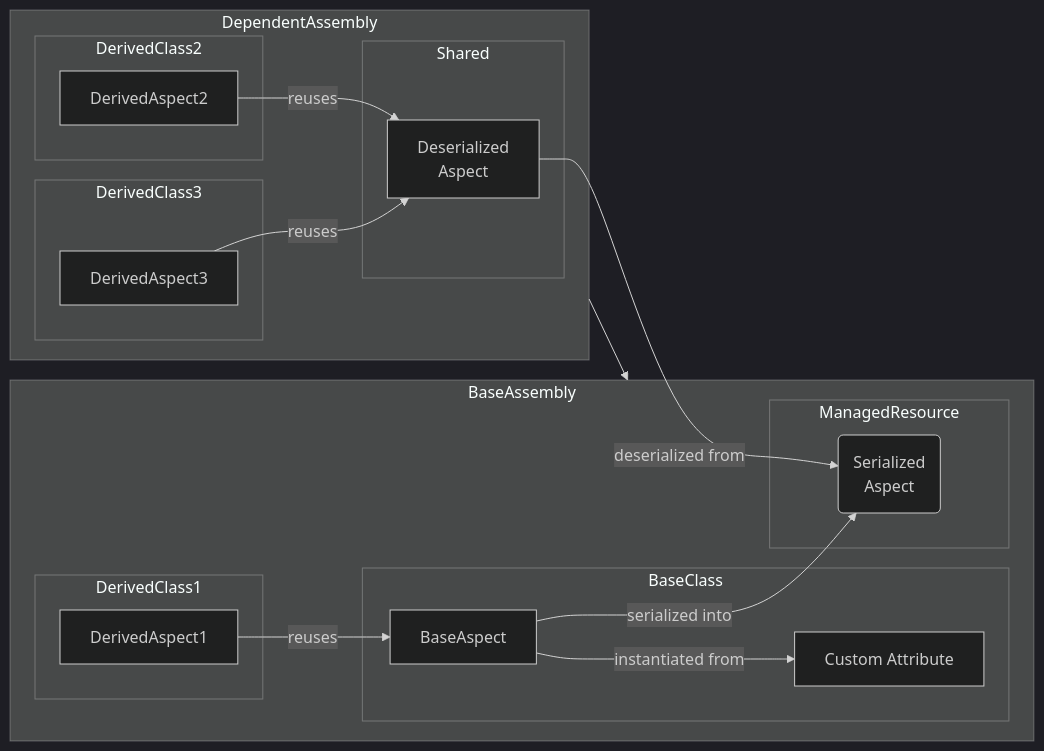
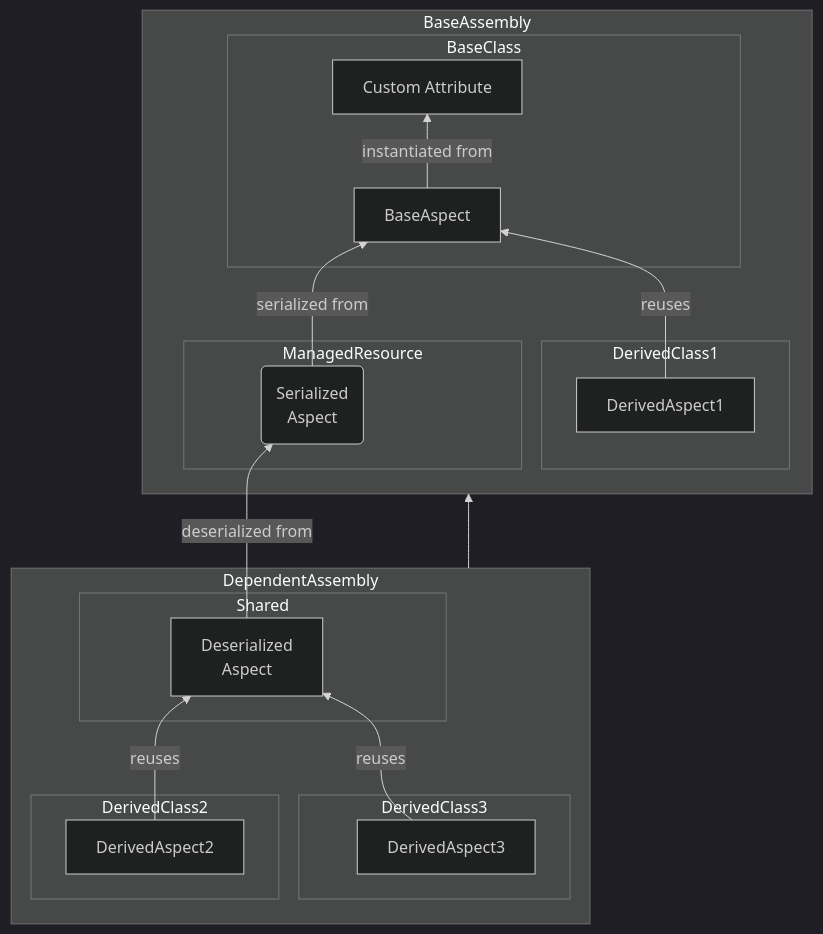
One commit to postsharp/Metalama.Documentation changed the sixth of 6 diagrams in conceptual/migration/differences-from-postsharp.md. Above: the diagram before and after it, drawn with Mermaid (dark theme). The commit also changed other lines of this file and 3 other files, not shown here.

Commit message:
Improved conceptual diagrams

````diff
--- a/conceptual/migration/differences-from-postsharp.md
+++ b/conceptual/migration/differences-from-postsharp.md
@@ -194,45 +190,45 @@
 ```mermaid
-flowchart LR
+flowchart BT
 
   subgraph BaseAssembly
 
     subgraph BaseClass
     BaseAspect
     CustomAttribute[Custom Attribute]
      BaseAspect -->|instantiated from| CustomAttribute
     end
 
     subgraph DerivedClass1
     DerivedAspect1
     end
 
     subgraph ManagedResource
-    BaseAspect -->|serialized into| SerializedAspect(Serialized\nAspect)
+    SerializedAspect(Serialized\nAspect) -->|serialized from| BaseAspect
     end
 
 
     DerivedAspect1 -->|reuses| BaseAspect
     
 
   end
 
   subgraph DependentAssembly
 
     subgraph Shared
       DeserializedAspect[Deserialized\nAspect] -->|deserialized from| SerializedAspect
     end
 
     subgraph DerivedClass2
     DerivedAspect2 --> |reuses| DeserializedAspect
     end
 
     subgraph DerivedClass3
     DerivedAspect3 --> |reuses| DeserializedAspect
     end
 
    
   end
 
   DependentAssembly --> BaseAssembly
 
 ```
````
